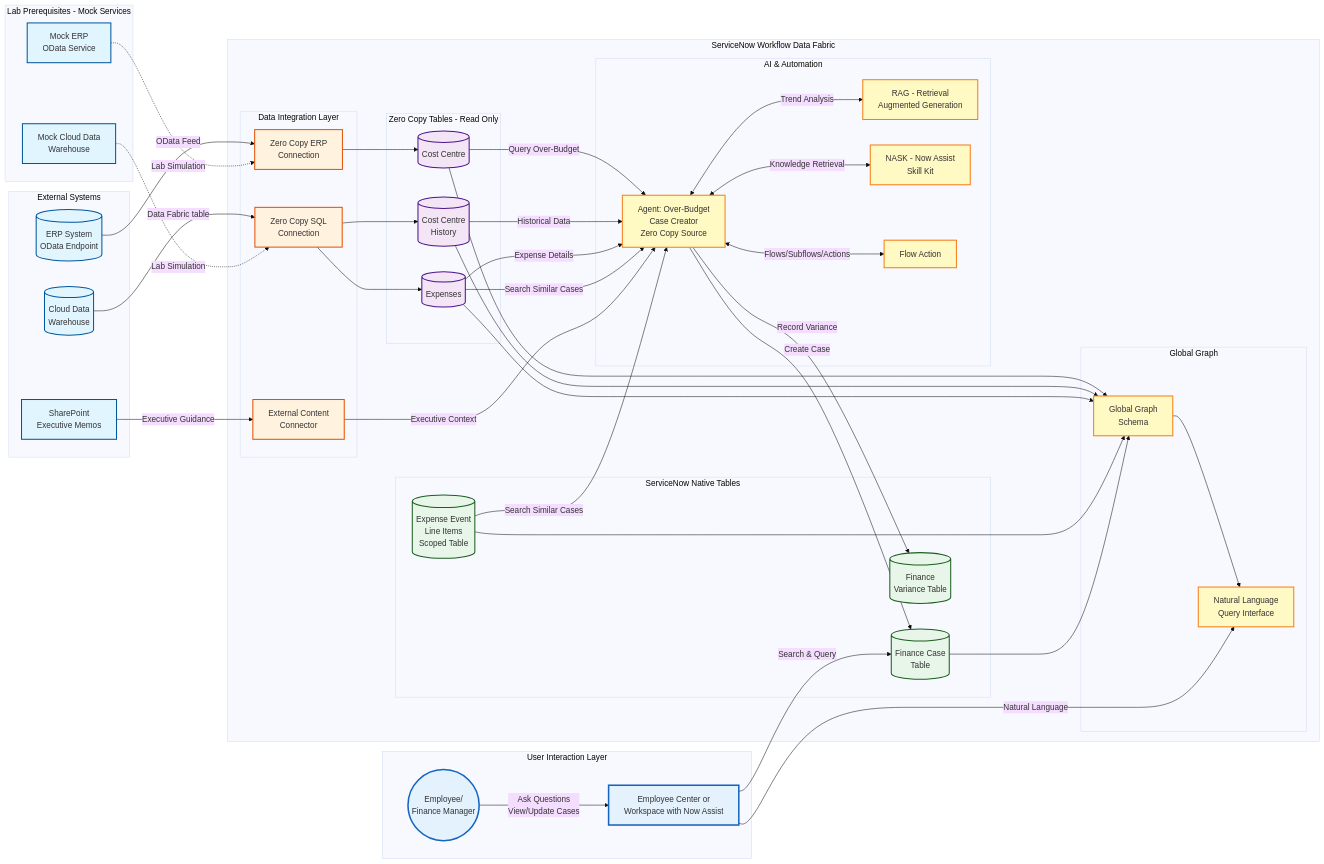
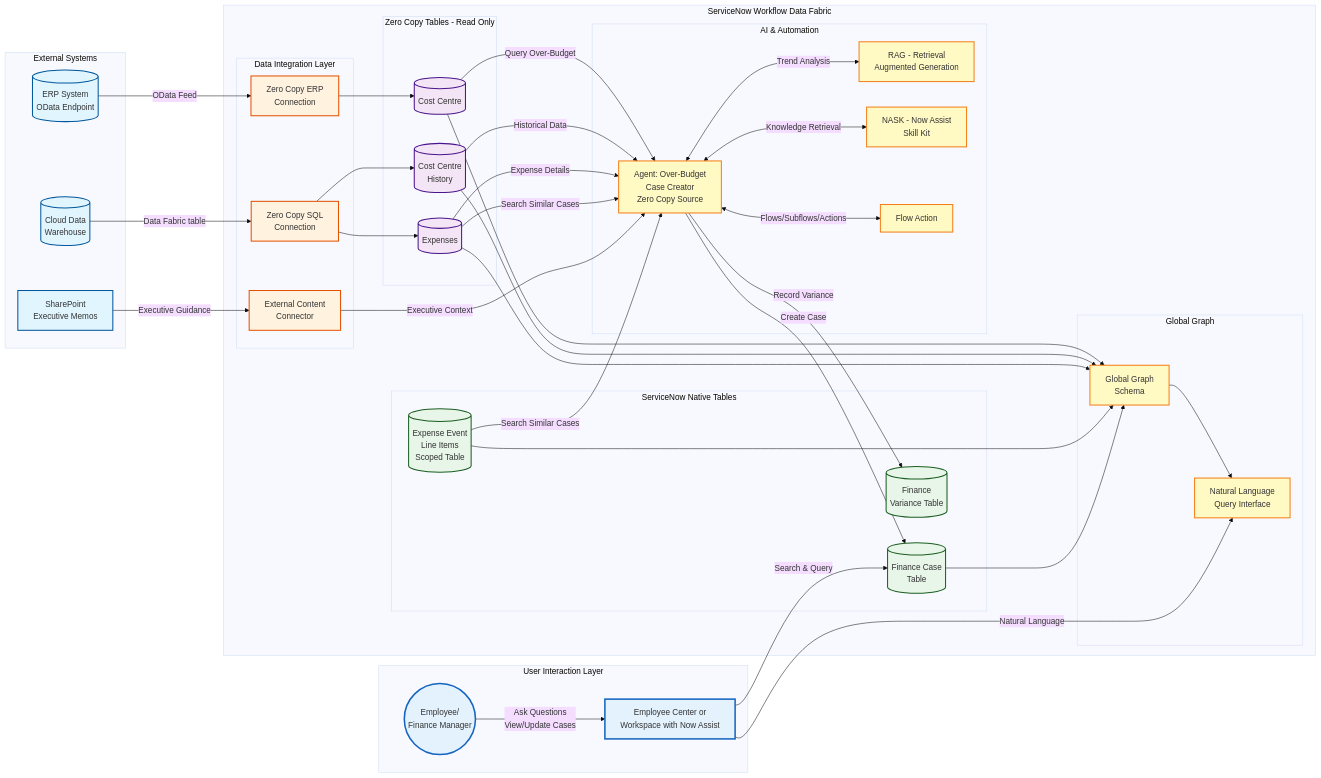
One commit to leojacinto/WorkflowDataFabric-TypeA changed the diagram in 2_Zero_Copy.md. Above: the diagram before and after it, drawn with Mermaid (base theme).

```diff
--- a/2_Zero_Copy.md
+++ b/2_Zero_Copy.md
@@ -49,16 +49,9 @@
         end
     end
 
-    subgraph "Lab Prerequisites - Mock Services"
-        MockERP[Mock ERP<br/>OData Service]
-        MockCDW[Mock Cloud Data<br/>Warehouse]
-    end
-
     %% Data Flow Connections
     ERP -->|OData Feed| ZeroCopyERP
     CDW -->|Data Fabric table| ZeroCopySQL
-    MockERP -.->|Lab Simulation| ZeroCopyERP
-    MockCDW -.->|Lab Simulation| ZeroCopySQL
     ZeroCopyERP --> ZCCC
     ZeroCopySQL --> ZCCH
     ZeroCopySQL --> ZCExp
```
